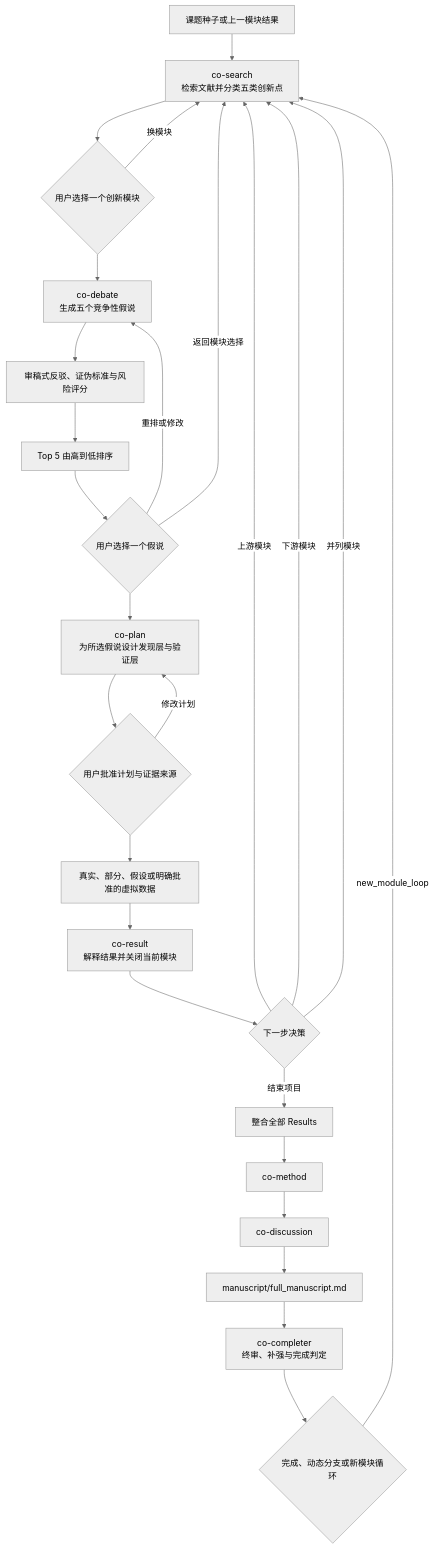
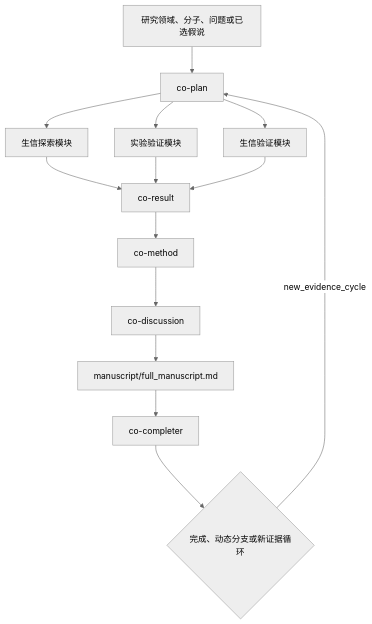
The second of 2 diagrams in README.md (lumingflank1-stack/Co-paper-Skills), drawn with Mermaid (neutral theme) before and after one commit. The commit also changed other lines of this file and 35 other files, not shown here.

````diff
--- a/README.md
+++ b/README.md
@@ -9,28 +41,16 @@
 ```mermaid
 flowchart TD
-    A["课题种子或上一模块结果"] --> B["co-search<br/>检索文献并分类五类创新点"]
-    B --> C{"用户选择一个创新模块"}
-    C -->|"换模块"| B
-    C --> D["co-debate<br/>生成五个竞争性假说"]
-    D --> E["审稿式反驳、证伪标准与风险评分"]
-    E --> F["Top 5 由高到低排序"]
-    F --> G{"用户选择一个假说"}
-    G -->|"重排或修改"| D
-    G -->|"返回模块选择"| B
-    G --> H["co-plan<br/>为所选假说设计发现层与验证层"]
-    H --> I{"用户批准计划与证据来源"}
-    I -->|"修改计划"| H
-    I --> J["真实、部分、假设或明确批准的虚拟数据"]
-    J --> K["co-result<br/>解释结果并关闭当前模块"]
-    K --> L{"下一步决策"}
-    L -->|"上游模块"| B
-    L -->|"下游模块"| B
-    L -->|"并列模块"| B
-    L -->|"结束项目"| M["整合全部 Results"]
-    M --> N["co-method"]
-    N --> O["co-discussion"]
-    O --> P["manuscript/full_manuscript.md"]
-    P --> Q["co-completer<br/>终审、补强与完成判定"]
-    Q --> R{"完成、动态分支或新模块循环"}
-    R -->|"new_module_loop"| B
+    A["研究领域、分子、问题或已选假说"] --> P["co-plan"]
+    P --> X["生信探索模块"]
+    P --> E["实验验证模块"]
+    P --> V["生信验证模块"]
+    X --> R["co-result"]
+    E --> R
+    V --> R
+    R --> M["co-method"]
+    M --> D["co-discussion"]
+    D --> F["manuscript/full_manuscript.md"]
+    F --> C["co-completer"]
+    C --> Q{"完成、动态分支或新证据循环"}
+    Q -->|"new_evidence_cycle"| P
 ```
````
